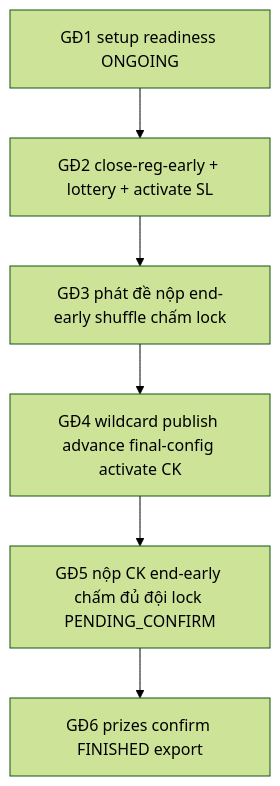
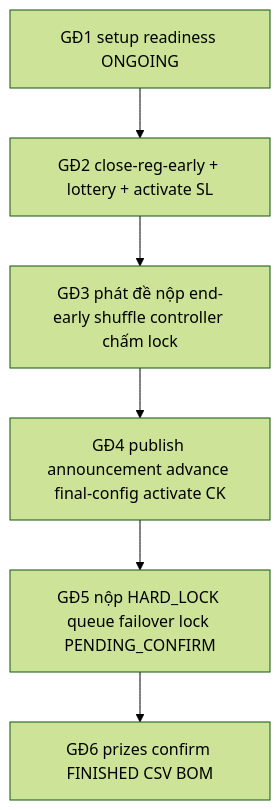
One commit to MANAGEMENT-SEAL-HACKATHON/BE changed the diagram in docs/testing/manual-ui-playbook-gd1-gd6.md. Above: the diagram before and after it, drawn with Mermaid (forest theme). The commit also changed other lines of this file and 70 other files, not shown here.

````diff
--- a/docs/testing/manual-ui-playbook-gd1-gd6.md
+++ b/docs/testing/manual-ui-playbook-gd1-gd6.md
@@ -1151,8 +1382,8 @@
 ```mermaid
 flowchart TD
   g1[GĐ1 setup readiness ONGOING] --> g2[GĐ2 close-reg-early + lottery + activate SL]
-  g2 --> g3[GĐ3 phát đề nộp end-early shuffle chấm lock]
-  g3 --> g4[GĐ4 wildcard publish advance final-config activate CK]
-  g4 --> g5[GĐ5 nộp CK end-early chấm đủ đội lock PENDING_CONFIRM]
-  g5 --> g6[GĐ6 prizes confirm FINISHED export]
+  g2 --> g3[GĐ3 phát đề nộp end-early shuffle controller chấm lock]
+  g3 --> g4[GĐ4 publish announcement advance final-config activate CK]
+  g4 --> g5[GĐ5 nộp HARD_LOCK queue failover lock PENDING_CONFIRM]
+  g5 --> g6[GĐ6 prizes confirm FINISHED CSV BOM]
 ```
````
